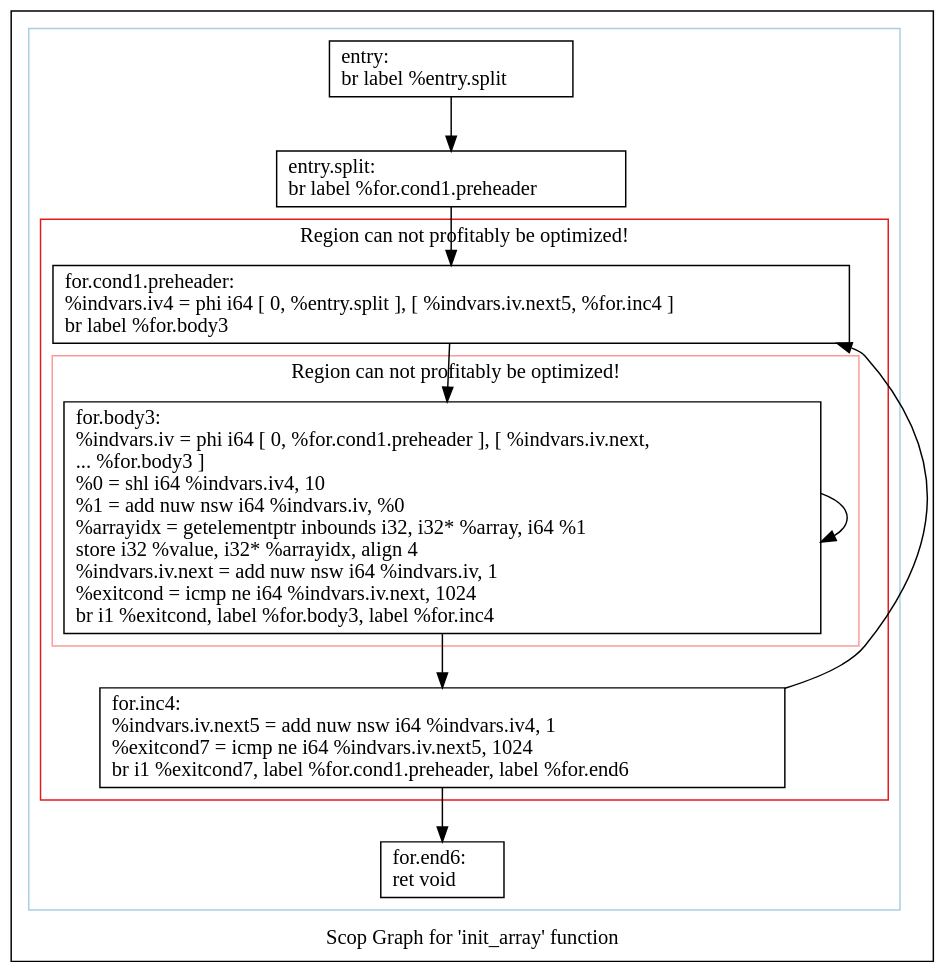
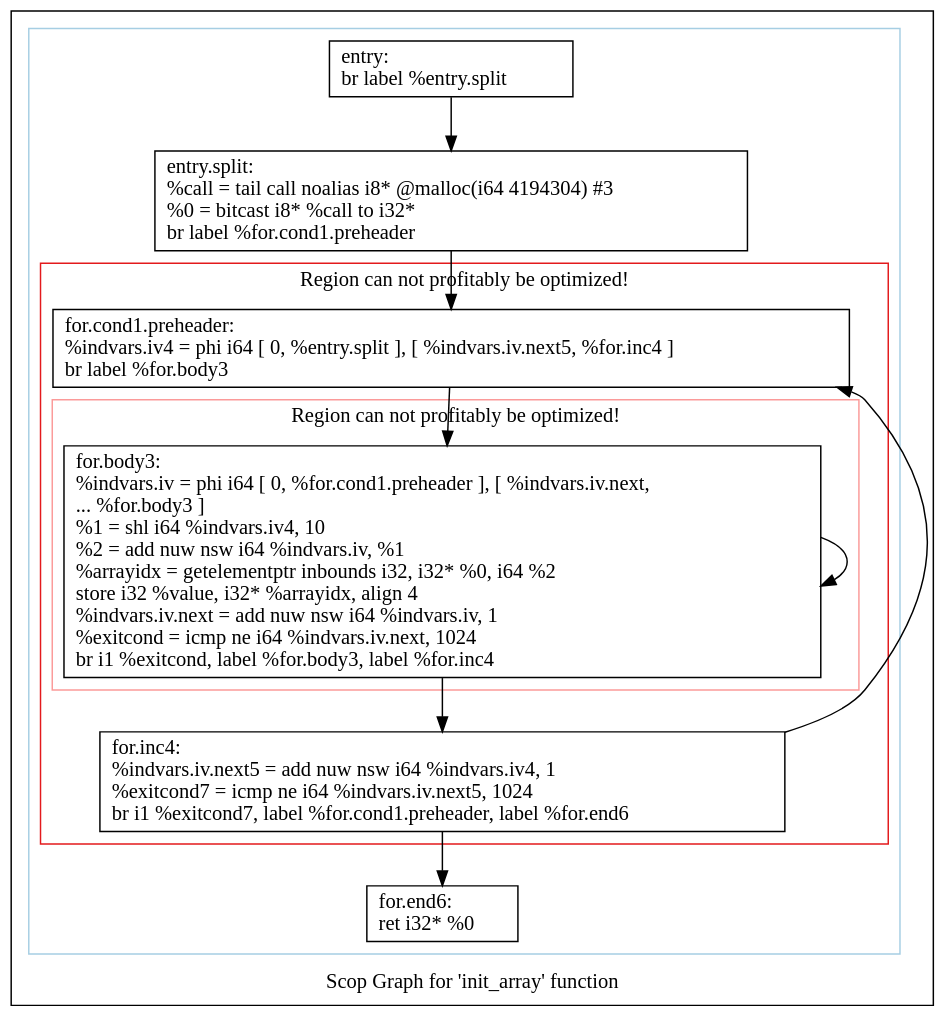
One commit to samminweng/WhileyOpenCL changed the diagram in polly/MatrixMult/impl/handwritten2/dot/scops.init_array.dot. Above: the diagram before and after it, drawn with Graphviz. The commit also changed 167 other files, not shown here.

```diff
--- a/polly/MatrixMult/impl/handwritten2/dot/scops.init_array.dot
+++ b/polly/MatrixMult/impl/handwritten2/dot/scops.init_array.dot
@@ -1,39 +1,39 @@
 digraph "Scop Graph for 'init_array' function" {
 	label="Scop Graph for 'init_array' function";
 
-	Node0x69513c0 [shape=record,label="{entry:\l  br label %entry.split\l}"];
-	Node0x69513c0 -> Node0x6951110;
-	Node0x6951110 [shape=record,label="{entry.split:                                      \l  br label %for.cond1.preheader\l}"];
-	Node0x6951110 -> Node0x6951130;
-	Node0x6951130 [shape=record,label="{for.cond1.preheader:                              \l  %indvars.iv4 = phi i64 [ 0, %entry.split ], [ %indvars.iv.next5, %for.inc4 ]\l  br label %for.body3\l}"];
-	Node0x6951130 -> Node0x6950b40;
-	Node0x6950b40 [shape=record,label="{for.body3:                                        \l  %indvars.iv = phi i64 [ 0, %for.cond1.preheader ], [ %indvars.iv.next,\l... %for.body3 ]\l  %0 = shl i64 %indvars.iv4, 10\l  %1 = add nuw nsw i64 %indvars.iv, %0\l  %arrayidx = getelementptr inbounds i32, i32* %array, i64 %1\l  store i32 %value, i32* %arrayidx, align 4\l  %indvars.iv.next = add nuw nsw i64 %indvars.iv, 1\l  %exitcond = icmp ne i64 %indvars.iv.next, 1024\l  br i1 %exitcond, label %for.body3, label %for.inc4\l}"];
-	Node0x6950b40 -> Node0x6950b40[constraint=false];
-	Node0x6950b40 -> Node0x69510e0;
-	Node0x69510e0 [shape=record,label="{for.inc4:                                         \l  %indvars.iv.next5 = add nuw nsw i64 %indvars.iv4, 1\l  %exitcond7 = icmp ne i64 %indvars.iv.next5, 1024\l  br i1 %exitcond7, label %for.cond1.preheader, label %for.end6\l}"];
-	Node0x69510e0 -> Node0x6951130[constraint=false];
-	Node0x69510e0 -> Node0x6950bf0;
-	Node0x6950bf0 [shape=record,label="{for.end6:                                         \l  ret void\l}"];
+	Node0x5f45a40 [shape=record,label="{entry:\l  br label %entry.split\l}"];
+	Node0x5f45a40 -> Node0x5f475b0;
+	Node0x5f475b0 [shape=record,label="{entry.split:                                      \l  %call = tail call noalias i8* @malloc(i64 4194304) #3\l  %0 = bitcast i8* %call to i32*\l  br label %for.cond1.preheader\l}"];
+	Node0x5f475b0 -> Node0x5f46d30;
+	Node0x5f46d30 [shape=record,label="{for.cond1.preheader:                              \l  %indvars.iv4 = phi i64 [ 0, %entry.split ], [ %indvars.iv.next5, %for.inc4 ]\l  br label %for.body3\l}"];
+	Node0x5f46d30 -> Node0x5f47550;
+	Node0x5f47550 [shape=record,label="{for.body3:                                        \l  %indvars.iv = phi i64 [ 0, %for.cond1.preheader ], [ %indvars.iv.next,\l... %for.body3 ]\l  %1 = shl i64 %indvars.iv4, 10\l  %2 = add nuw nsw i64 %indvars.iv, %1\l  %arrayidx = getelementptr inbounds i32, i32* %0, i64 %2\l  store i32 %value, i32* %arrayidx, align 4\l  %indvars.iv.next = add nuw nsw i64 %indvars.iv, 1\l  %exitcond = icmp ne i64 %indvars.iv.next, 1024\l  br i1 %exitcond, label %for.body3, label %for.inc4\l}"];
+	Node0x5f47550 -> Node0x5f47550[constraint=false];
+	Node0x5f47550 -> Node0x5f46e10;
+	Node0x5f46e10 [shape=record,label="{for.inc4:                                         \l  %indvars.iv.next5 = add nuw nsw i64 %indvars.iv4, 1\l  %exitcond7 = icmp ne i64 %indvars.iv.next5, 1024\l  br i1 %exitcond7, label %for.cond1.preheader, label %for.end6\l}"];
+	Node0x5f46e10 -> Node0x5f46d30[constraint=false];
+	Node0x5f46e10 -> Node0x5f474c0;
+	Node0x5f474c0 [shape=record,label="{for.end6:                                         \l  ret i32* %0\l}"];
 	colorscheme = "paired12"
-        subgraph cluster_0x69442f0 {
+        subgraph cluster_0x5f3a710 {
           label = "";
           style = solid;
           color = 1
-          subgraph cluster_0x6944470 {
+          subgraph cluster_0x5f3a890 {
             label = "Region can not profitably be optimized!";
             style = solid;
             color = 6
-            subgraph cluster_0x69445f0 {
+            subgraph cluster_0x5f3aa10 {
               label = "Region can not profitably be optimized!";
               style = solid;
               color = 5
-              Node0x6950b40;
+              Node0x5f47550;
             }
-            Node0x6951130;
-            Node0x69510e0;
+            Node0x5f46d30;
+            Node0x5f46e10;
           }
-          Node0x69513c0;
-          Node0x6951110;
-          Node0x6950bf0;
+          Node0x5f45a40;
+          Node0x5f475b0;
+          Node0x5f474c0;
         }
 }
```
